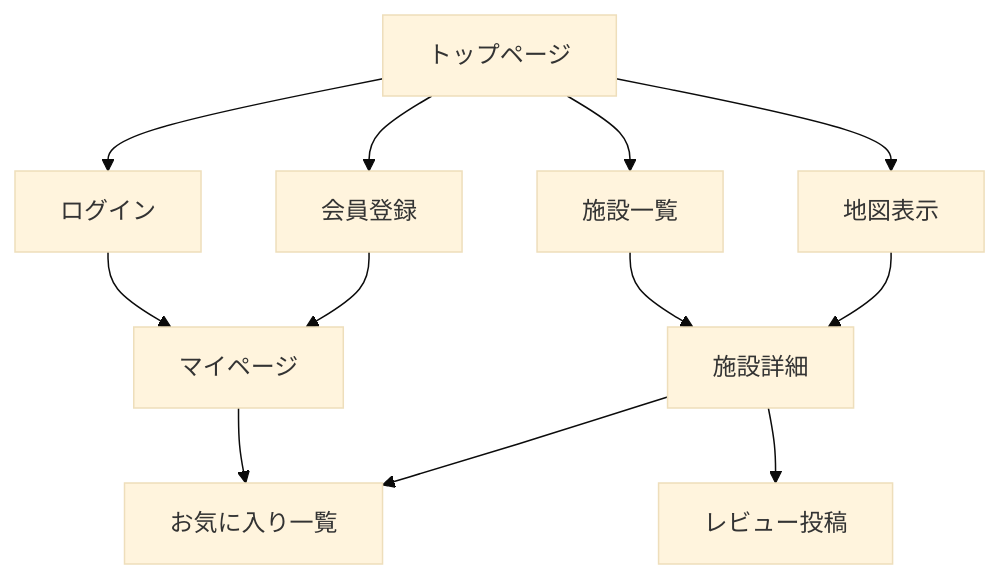
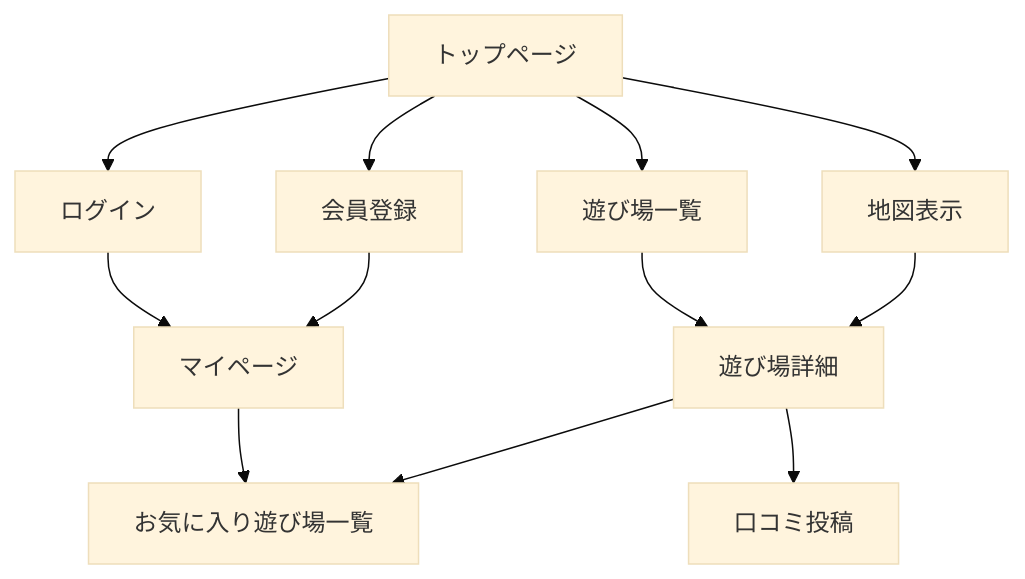
The diagram in docs/overview.md (jam006097/kids-playground), drawn with Mermaid (base theme) before and after one commit. The commit also changed other lines of this file and 4 other files, not shown here.

````diff
--- a/docs/overview.md
+++ b/docs/overview.md
@@ -11,24 +11,24 @@
 ```mermaid
 graph TD
     TOP[トップページ]
     LOGIN[ログイン]
     REGISTER[会員登録]
     MYPAGE[マイページ]
-    LIST[施設一覧]
-    DETAIL[施設詳細]
+    LIST[遊び場一覧]
+    DETAIL[遊び場詳細]
     MAP[地図表示]
-    FAVORITE[お気に入り一覧]
-    REVIEW[レビュー投稿]
+    FAVORITE[お気に入り遊び場一覧]
+    REVIEW[口コミ投稿]
 
     TOP --> LIST
     TOP --> MAP
     TOP --> LOGIN
     TOP --> REGISTER
     LOGIN --> MYPAGE
     REGISTER --> MYPAGE
     MYPAGE --> FAVORITE
     LIST --> DETAIL
     DETAIL --> FAVORITE
     DETAIL --> REVIEW
     MAP --> DETAIL
 ```
````
